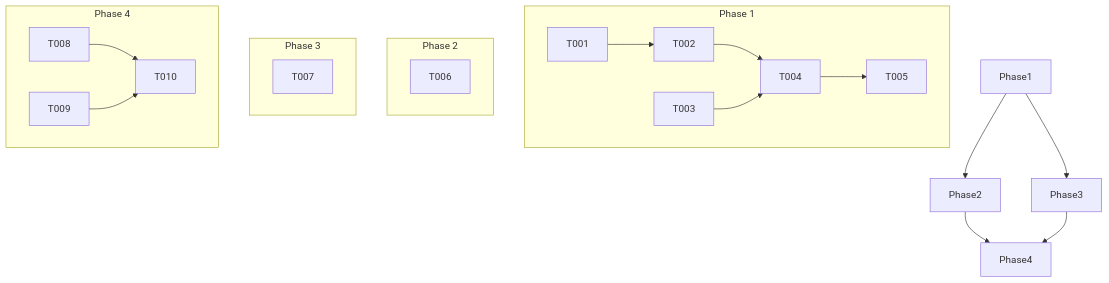
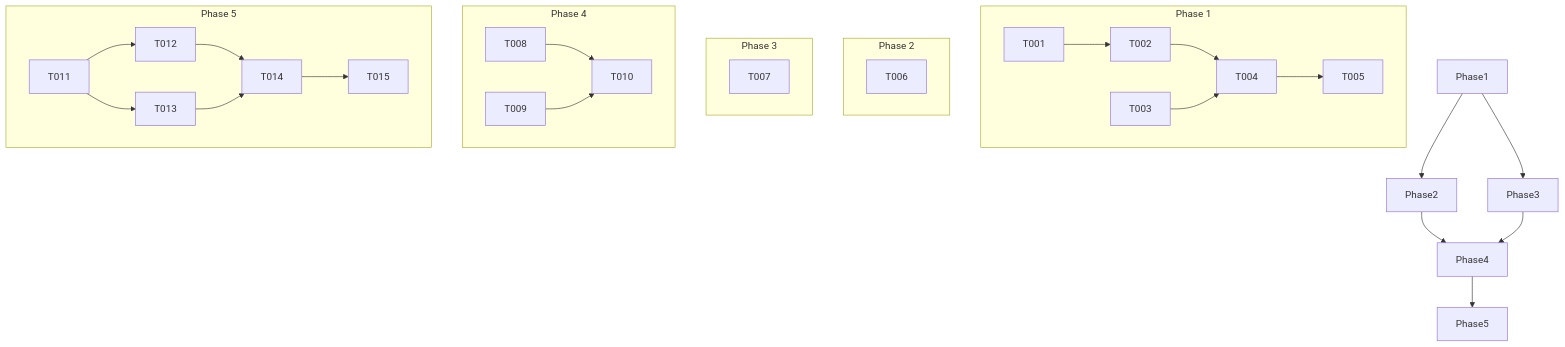
Before and after one commit to gdg-tokyo/devfest-tokyo-2025: the diagram in specs/006-data-schema-currently/tasks.md, drawn with Mermaid. The commit also changed other lines of this file and 2 other files, not shown here.

````diff
--- a/specs/006-data-schema-currently/tasks.md
+++ b/specs/006-data-schema-currently/tasks.md
@@ -53,26 +69,34 @@
 ```mermaid
 graph TD
     subgraph Phase 1
         T001 --> T002
         T002 --> T004
         T003 --> T004
         T004 --> T005
     end
     subgraph Phase 2
         T006
     end
     subgraph Phase 3
         T007
     end
     subgraph Phase 4
         T008
         T009
         T008 --> T010
         T009 --> T010
     end
+    subgraph Phase 5
+        T011 --> T012
+        T011 --> T013
+        T012 --> T014
+        T013 --> T014
+        T014 --> T015
+    end
 
     Phase1 --> Phase2
     Phase1 --> Phase3
     Phase2 --> Phase4
     Phase3 --> Phase4
+    Phase4 --> Phase5
 ```
````
